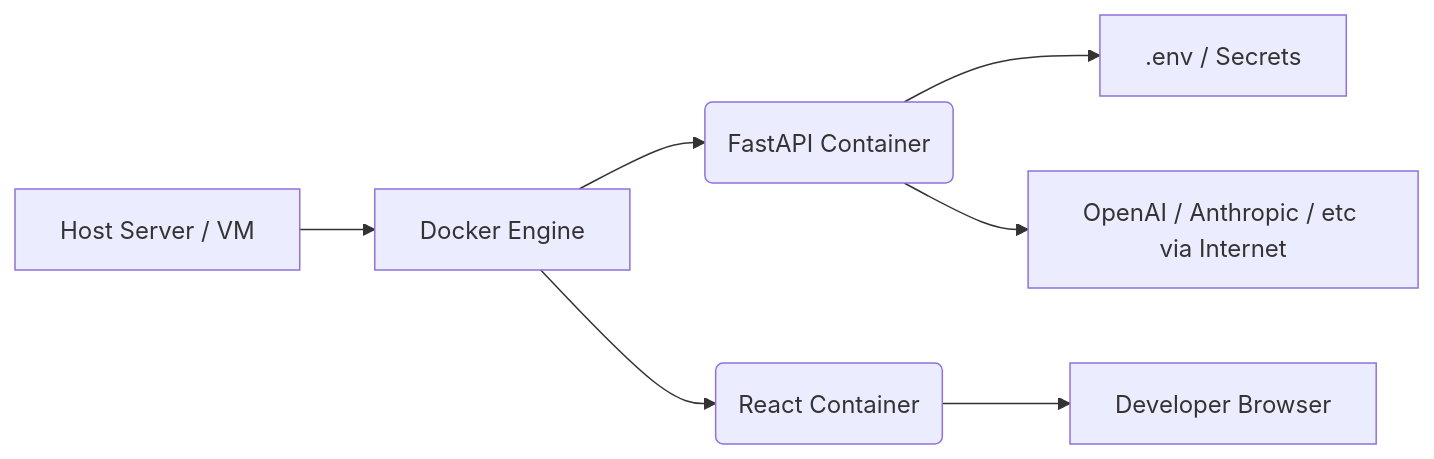
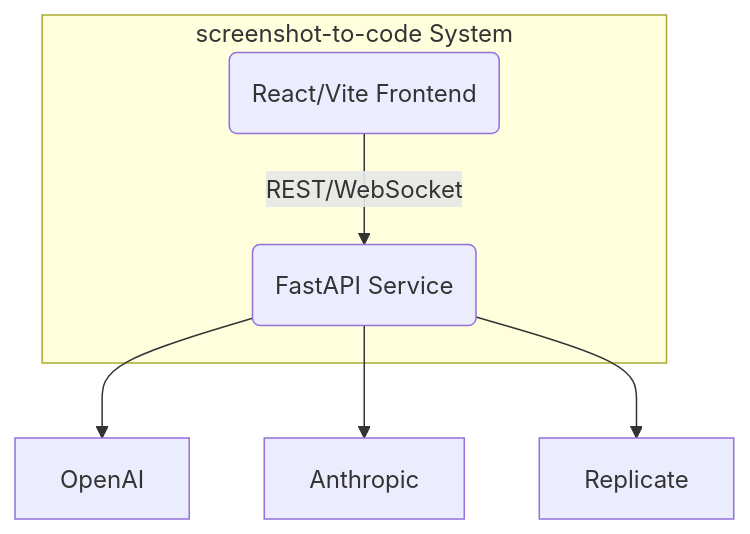
The second of 4 diagrams in examples/dir-sec-design-screenshot-to-code-o1.md (xvnpw/ai-security-analyzer), drawn with Mermaid before and after one commit. The commit also changed other lines of this file and 218 other files, not shown here.

````diff
--- a/examples/dir-sec-design-screenshot-to-code-o1.md
+++ b/examples/dir-sec-design-screenshot-to-code-o1.md
@@ -127,9 +62,9 @@
 ```mermaid
-flowchart LR
-    server[Host Server / VM] --> dockerEngine[Docker Engine]
-    dockerEngine --> backendContainer(FastAPI Container)
-    dockerEngine --> frontendContainer(React Container)
-    backendContainer --> userSecrets[.env / Secrets]
-    backendContainer --> externalLLM[OpenAI / Anthropic / etc via Internet]
-    frontendContainer --> userBrowser[Developer Browser]
+flowchart TB
+    subgraph screenshot-to-code System
+    Frontend(React/Vite Frontend) -- REST/WebSocket --> Backend(FastAPI Service)
+    end
+    Backend --> OpenAI
+    Backend --> Anthropic
+    Backend --> Replicate
 ```
````
